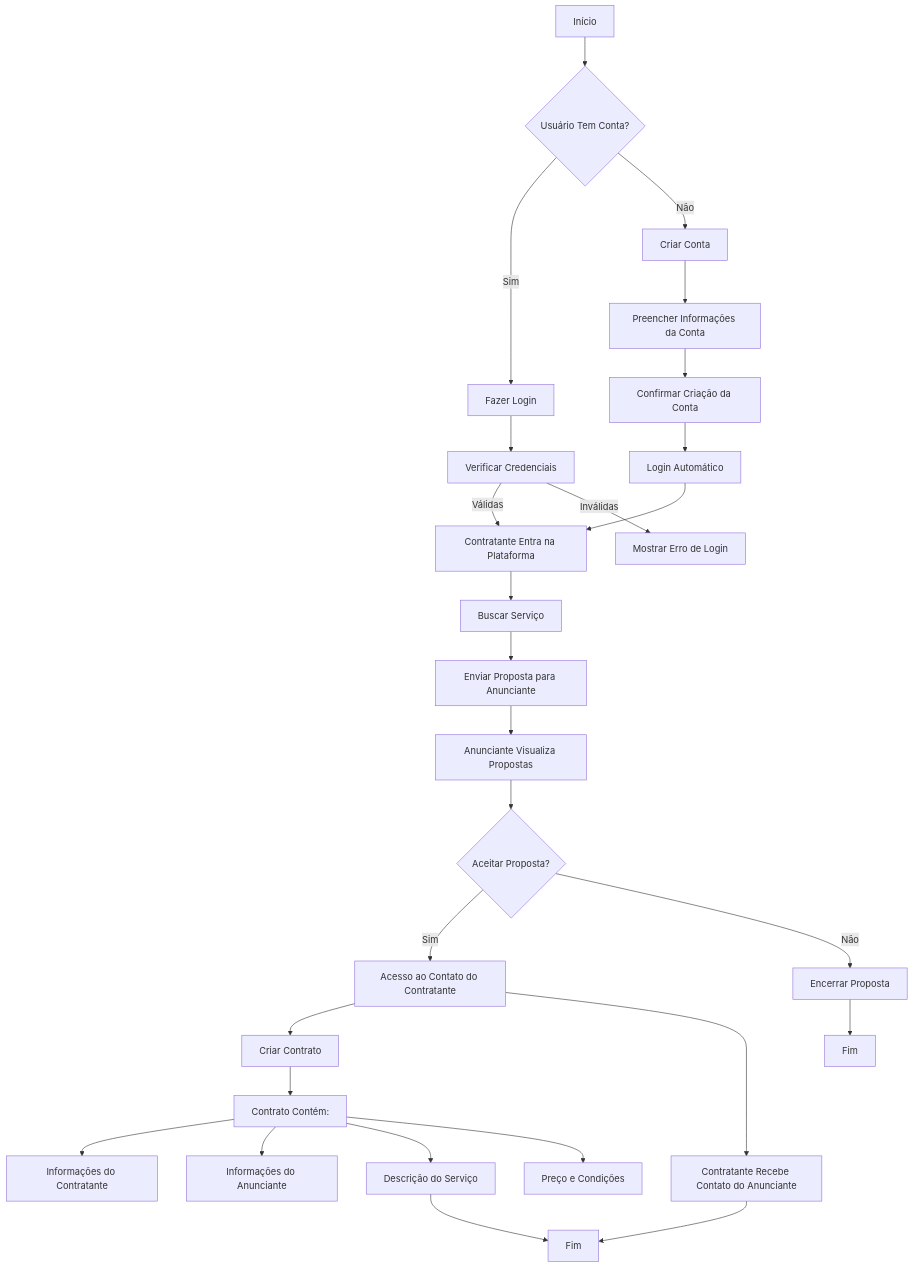
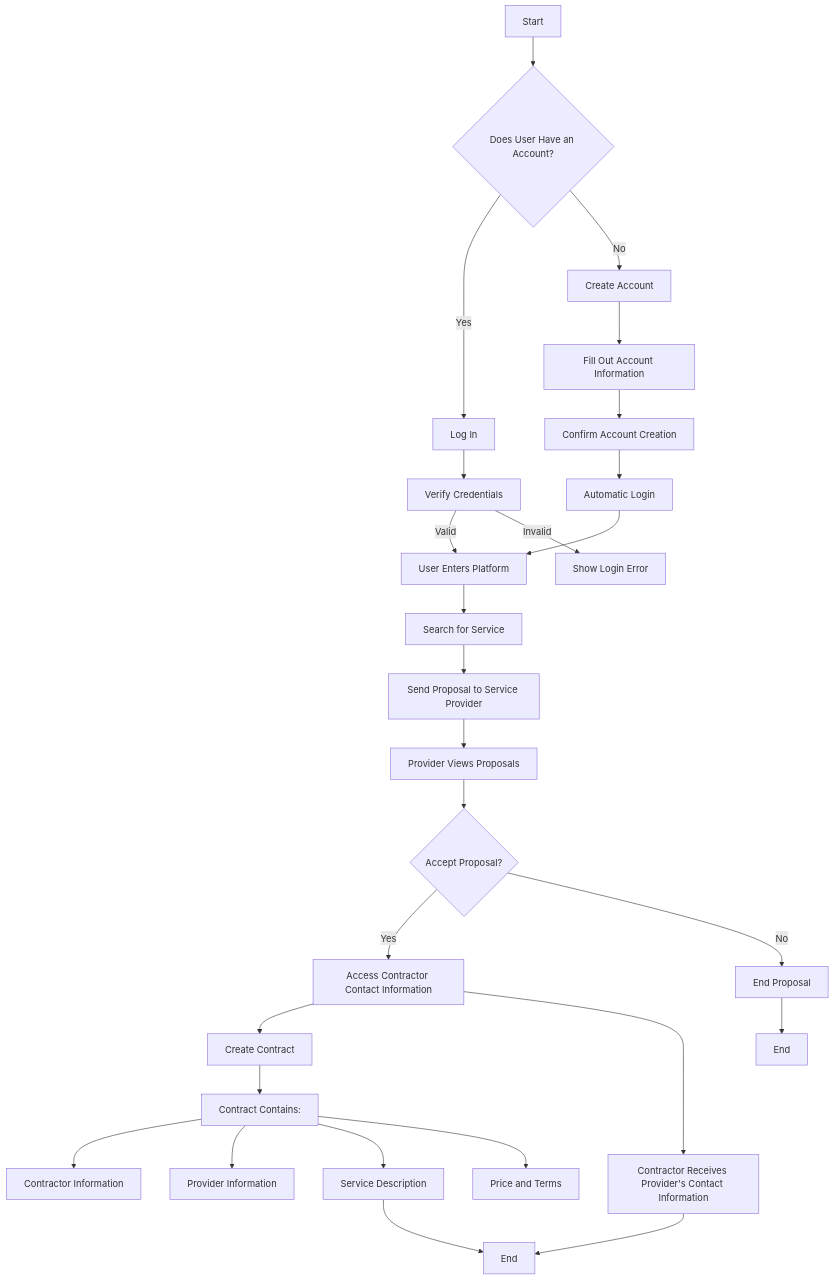
One commit to vitorgabrieldev/trabalhoamigo.com.br changed the diagram in README.md. Above: the diagram before and after it, drawn with Mermaid. The commit also changed other lines of this file, not shown here.

````diff
--- a/README.md
+++ b/README.md
@@ -45,40 +46,40 @@
 ```mermaid
 graph TD;
-    A[Início] --> B{Usuário Tem Conta?};
-    B -->|Sim| C[Fazer Login];
-    B -->|Não| D[Criar Conta];
 
-    C --> E[Verificar Credenciais];
-    E -->|Válidas| F[Contratante Entra na Plataforma];
-    E -->|Inválidas| G[Mostrar Erro de Login];
+    A[Start] --> B{Does User Have an Account?};
+    B -->|Yes| C[Log In];
+    B -->|No| D[Create Account];
 
-    D --> H[Preencher Informações da Conta];
-    H --> I[Confirmar Criação da Conta];
+    C --> E[Verify Credentials];
+    E -->|Valid| F[User Enters Platform];
+    E -->|Invalid| G[Show Login Error];
+
+    D --> H[Fill Out Account Information];
+    H --> I[Confirm Account Creation];
     
-    I --> J[Login Automático];
-    J --> F[Contratante Entra na Plataforma];
+    I --> J[Automatic Login];
+    J --> F[User Enters Platform];
 
-    F --> K[Buscar Serviço];
-    K --> L[Enviar Proposta para Anunciante];
+    F --> K[Search for Service];
+    K --> L[Send Proposal to Service Provider];
 
-    L --> M[Anunciante Visualiza Propostas];
-    M --> N{Aceitar Proposta?};
+    L --> M[Provider Views Proposals];
+    M --> N{Accept Proposal?};
 
-    N -->|Sim| O[Acesso ao Contato do Contratante];
-    O --> P[Criar Contrato];
+    N -->|Yes| O[Access Contractor Contact Information];
+    O --> P[Create Contract];
     
-    P --> Q[Contrato Contém:];
-    Q --> R[Informações do Contratante];
-    Q --> S[Informações do Anunciante];
-    Q --> T[Descrição do Serviço];
-    Q --> U[Preço e Condições];
+    P --> Q[Contract Contains:];
+    Q --> R[Contractor Information];
+    Q --> S[Provider Information];
+    Q --> T[Service Description];
+    Q --> U[Price and Terms];
     
-    N -->|Não| V[Encerrar Proposta];
+    N -->|No| V[End Proposal];
 
-    O --> W[Contratante Recebe Contato do Anunciante];
-    V --> X[Fim];
+    O --> W[Contractor Receives Provider's Contact Information];
+    V --> X[End];
     
-    W --> Y[Fim];
+    W --> Y[End];
     T --> Y;
-
 ```
````
